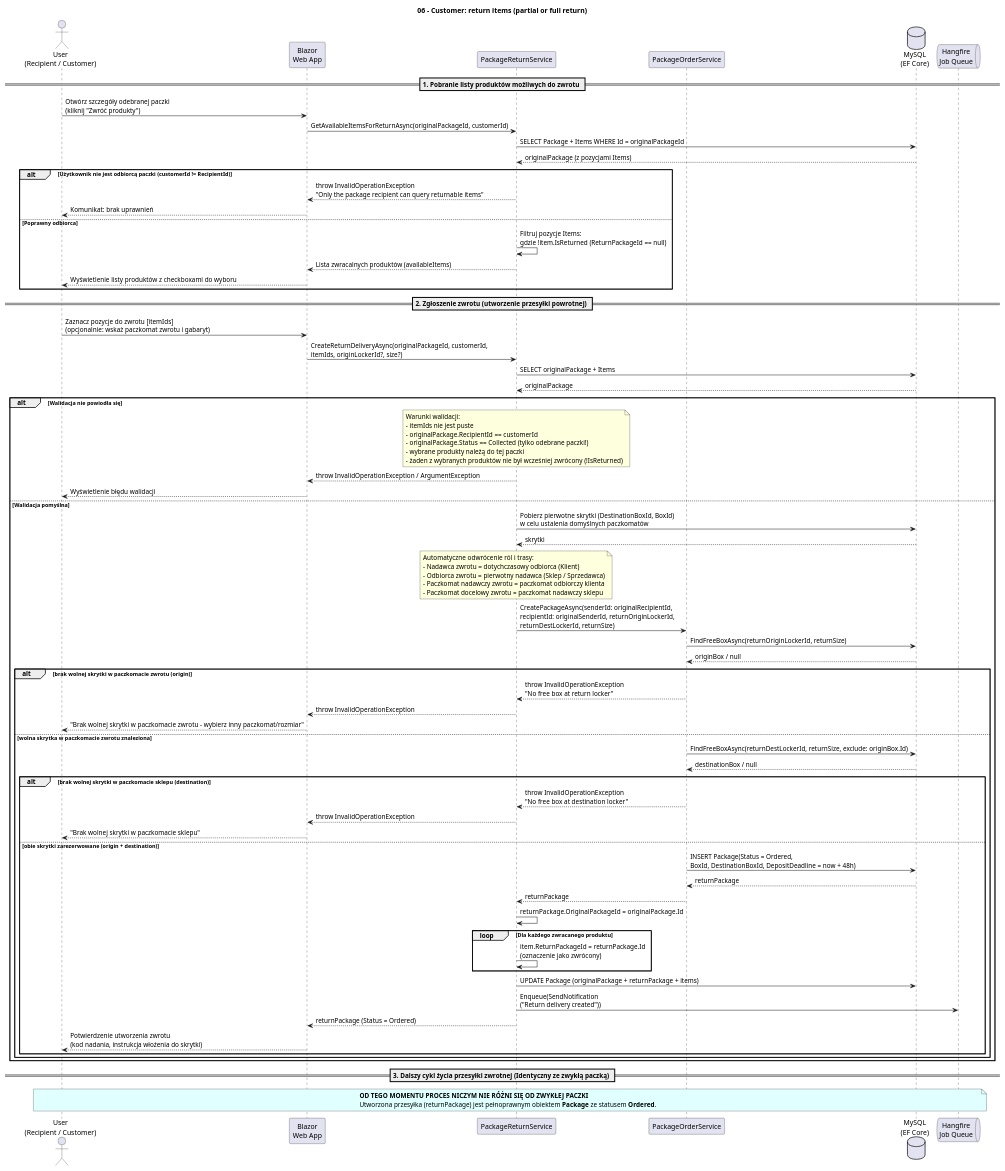
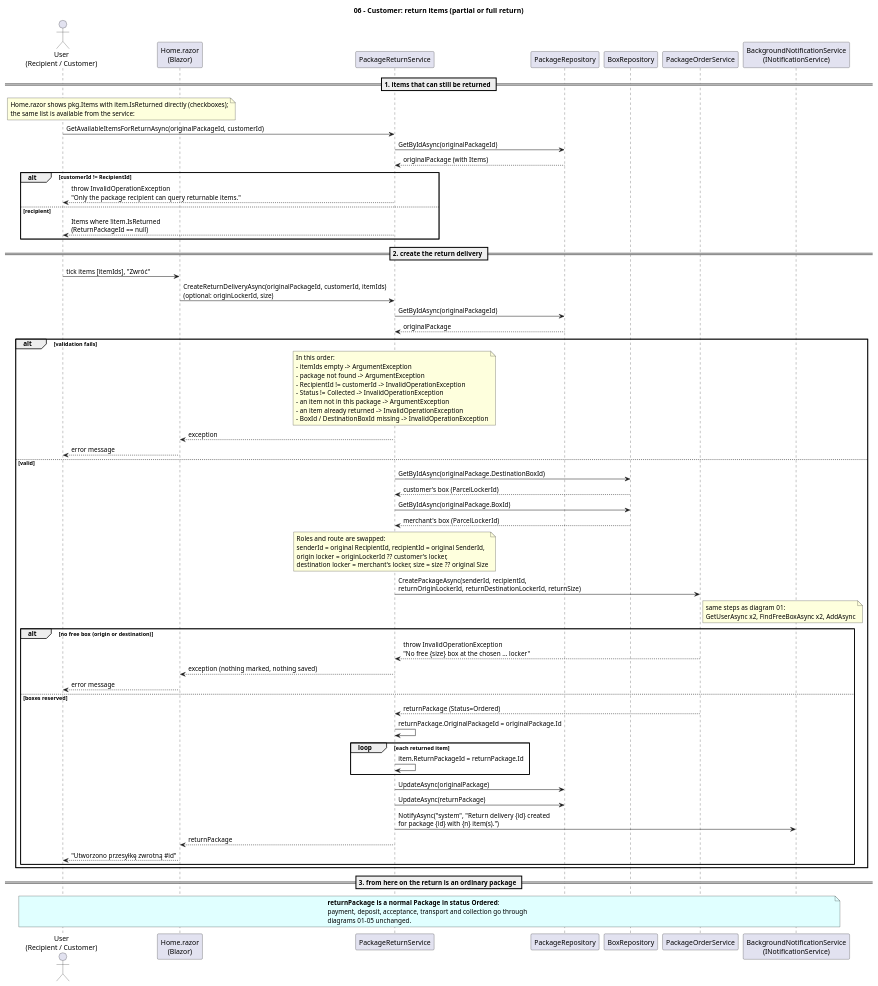
One commit to AGH-ISI-projects/package-management changed the sixth of 6 diagrams in krzycha/docs/nowe/sekwencje/sequence-diagrams.puml. Above: the diagram before and after it, drawn with PlantUML. The commit also changed other lines of this file and 20 other files, not shown here.

First line of the commit message:
Diagramy w docs/nowe: tylko klasy i metody istniejące w kodzie

```diff
--- a/krzycha/docs/nowe/sekwencje/sequence-diagrams.puml
+++ b/krzycha/docs/nowe/sekwencje/sequence-diagrams.puml
@@ -324,98 +360,92 @@
 @startuml 06-return-process
 title 06 - Customer: return items (partial or full return)
 
 actor "User\n(Recipient / Customer)" as Customer
-participant "Blazor\nWeb App" as Web
+participant "Home.razor\n(Blazor)" as Web
 participant "PackageReturnService" as ReturnSvc
+participant "PackageRepository" as PkgRepo
+participant "BoxRepository" as BoxRepo
 participant "PackageOrderService" as OrderSvc
-database "MySQL\n(EF Core)" as DB
-queue "Hangfire\nJob Queue" as Hangfire
+participant "BackgroundNotificationService\n(INotificationService)" as Notify
 
-== 1. Pobranie listy produktów możliwych do zwrotu ==
+== 1. items that can still be returned ==
 
-Customer -> Web: Otwórz szczegóły odebranej paczki\n(kliknij "Zwróć produkty")
-Web -> ReturnSvc: GetAvailableItemsForReturnAsync(originalPackageId, customerId)
-ReturnSvc -> DB: SELECT Package + Items WHERE Id = originalPackageId
-DB --> ReturnSvc: originalPackage (z pozycjami Items)
+note over Customer, Web
+  Home.razor shows pkg.Items with item.IsReturned directly (checkboxes);
+  the same list is available from the service:
+end note
+Customer -> ReturnSvc: GetAvailableItemsForReturnAsync(originalPackageId, customerId)
+ReturnSvc -> PkgRepo: GetByIdAsync(originalPackageId)
+PkgRepo --> ReturnSvc: originalPackage (with Items)
 
-alt Użytkownik nie jest odbiorcą paczki (customerId != RecipientId)
-    ReturnSvc --> Web: throw InvalidOperationException\n"Only the package recipient can query returnable items"
-    Web --> Customer: Komunikat: brak uprawnień
-else Poprawny odbiorca
-    ReturnSvc -> ReturnSvc: Filtruj pozycje Items:\ngdzie !item.IsReturned (ReturnPackageId == null)
-    ReturnSvc --> Web: Lista zwracalnych produktów (availableItems)
-    Web --> Customer: Wyświetlenie listy produktów z checkboxami do wyboru
+alt customerId != RecipientId
+    ReturnSvc --> Customer: throw InvalidOperationException\n"Only the package recipient can query returnable items."
+else recipient
+    ReturnSvc --> Customer: Items where !item.IsReturned\n(ReturnPackageId == null)
 end
 
-== 2. Zgłoszenie zwrotu (utworzenie przesyłki powrotnej) ==
+== 2. create the return delivery ==
 
-Customer -> Web: Zaznacz pozycje do zwrotu [itemIds]\n(opcjonalnie: wskaż paczkomat zwrotu i gabaryt)
-Web -> ReturnSvc: CreateReturnDeliveryAsync(originalPackageId, customerId,\nitemIds, originLockerId?, size?)
+Customer -> Web: tick items [itemIds], "Zwróć"
+Web -> ReturnSvc: CreateReturnDeliveryAsync(originalPackageId, customerId, itemIds)\n(optional: originLockerId, size)
+ReturnSvc -> PkgRepo: GetByIdAsync(originalPackageId)
+PkgRepo --> ReturnSvc: originalPackage
 
-ReturnSvc -> DB: SELECT originalPackage + Items
-DB --> ReturnSvc: originalPackage
-
-alt Walidacja nie powiodła się
+alt validation fails
     note over ReturnSvc
-      Warunki walidacji:
-      - itemIds nie jest puste
-      - originalPackage.RecipientId == customerId
-      - originalPackage.Status == Collected (tylko odebrane paczki!)
-      - wybrane produkty należą do tej paczki
-      - żaden z wybranych produktów nie był wcześniej zwrócony (!IsReturned)
+      In this order:
+      - itemIds empty -> ArgumentException
+      - package not found -> ArgumentException
+      - RecipientId != customerId -> InvalidOperationException
+      - Status != Collected -> InvalidOperationException
+      - an item not in this package -> ArgumentException
+      - an item already returned -> InvalidOperationException
+      - BoxId / DestinationBoxId missing -> InvalidOperationException
     end note
-    ReturnSvc --> Web: throw InvalidOperationException / ArgumentException
-    Web --> Customer: Wyświetlenie błędu walidacji
-else Walidacja pomyślna
-    ReturnSvc -> DB: Pobierz pierwotne skrytki (DestinationBoxId, BoxId)\nw celu ustalenia domyślnych paczkomatów
-    DB --> ReturnSvc: skrytki
+    ReturnSvc --> Web: exception
+    Web --> Customer: error message
+else valid
+    ReturnSvc -> BoxRepo: GetByIdAsync(originalPackage.DestinationBoxId)
+    BoxRepo --> ReturnSvc: customer's box (ParcelLockerId)
+    ReturnSvc -> BoxRepo: GetByIdAsync(originalPackage.BoxId)
+    BoxRepo --> ReturnSvc: merchant's box (ParcelLockerId)
 
     note over ReturnSvc
-      Automatyczne odwrócenie ról i trasy:
-      - Nadawca zwrotu = dotychczasowy odbiorca (Klient)
-      - Odbiorca zwrotu = pierwotny nadawca (Sklep / Sprzedawca)
-      - Paczkomat nadawczy zwrotu = paczkomat odbiorczy klienta
-      - Paczkomat docelowy zwrotu = paczkomat nadawczy sklepu
+      Roles and route are swapped:
+      senderId = original RecipientId, recipientId = original SenderId,
+      origin locker = originLockerId ?? customer's locker,
+      destination locker = merchant's locker, size = size ?? original Size
     end note
 
-    ReturnSvc -> OrderSvc: CreatePackageAsync(senderId: originalRecipientId,\nrecipientId: originalSenderId, returnOriginLockerId,\nreturnDestLockerId, returnSize)
-    OrderSvc -> DB: FindFreeBoxAsync(returnOriginLockerId, returnSize)
-    DB --> OrderSvc: originBox / null
+    ReturnSvc -> OrderSvc: CreatePackageAsync(senderId, recipientId,\nreturnOriginLockerId, returnDestinationLockerId, returnSize)
+    note right of OrderSvc
+      same steps as diagram 01:
+      GetUserAsync x2, FindFreeBoxAsync x2, AddAsync
+    end note
 
-    alt brak wolnej skrytki w paczkomacie zwrotu (origin)
-        OrderSvc --> ReturnSvc: throw InvalidOperationException\n"No free box at return locker"
-        ReturnSvc --> Web: throw InvalidOperationException
-        Web --> Customer: "Brak wolnej skrytki w paczkomacie zwrotu - wybierz inny paczkomat/rozmiar"
-    else wolna skrytka w paczkomacie zwrotu znaleziona
-        OrderSvc -> DB: FindFreeBoxAsync(returnDestLockerId, returnSize, exclude: originBox.Id)
-        DB --> OrderSvc: destinationBox / null
-
-        alt brak wolnej skrytki w paczkomacie sklepu (destination)
-            OrderSvc --> ReturnSvc: throw InvalidOperationException\n"No free box at destination locker"
-            ReturnSvc --> Web: throw InvalidOperationException
-            Web --> Customer: "Brak wolnej skrytki w paczkomacie sklepu"
-        else obie skrytki zarezerwowane (origin + destination)
-            OrderSvc -> DB: INSERT Package(Status = Ordered,\nBoxId, DestinationBoxId, DepositDeadline = now + 48h)
-            DB --> OrderSvc: returnPackage
-            OrderSvc --> ReturnSvc: returnPackage
-
-            ReturnSvc -> ReturnSvc: returnPackage.OriginalPackageId = originalPackage.Id
-            loop Dla każdego zwracanego produktu
-                ReturnSvc -> ReturnSvc: item.ReturnPackageId = returnPackage.Id\n(oznaczenie jako zwrócony)
-            end
-
-            ReturnSvc -> DB: UPDATE Package (originalPackage + returnPackage + items)
-            ReturnSvc -> Hangfire: Enqueue(SendNotification\n("Return delivery created"))
-            ReturnSvc --> Web: returnPackage (Status = Ordered)
-            Web --> Customer: Potwierdzenie utworzenia zwrotu\n(kod nadania, instrukcja włożenia do skrytki)
+    alt no free box (origin or destination)
+        OrderSvc --> ReturnSvc: throw InvalidOperationException\n"No free {size} box at the chosen ... locker"
+        ReturnSvc --> Web: exception (nothing marked, nothing saved)
+        Web --> Customer: error message
+    else boxes reserved
+        OrderSvc --> ReturnSvc: returnPackage (Status=Ordered)
+        ReturnSvc -> ReturnSvc: returnPackage.OriginalPackageId = originalPackage.Id
+        loop each returned item
+            ReturnSvc -> ReturnSvc: item.ReturnPackageId = returnPackage.Id
         end
+        ReturnSvc -> PkgRepo: UpdateAsync(originalPackage)
+        ReturnSvc -> PkgRepo: UpdateAsync(returnPackage)
+        ReturnSvc -> Notify: NotifyAsync("system", "Return delivery {id} created\nfor package {id} with {n} item(s).")
+        ReturnSvc --> Web: returnPackage
+        Web --> Customer: "Utworzono przesyłkę zwrotną #id"
     end
 end
 
-== 3. Dalszy cykl życia przesyłki zwrotnej (Identyczny ze zwykłą paczką) ==
+== 3. from here on the return is an ordinary package ==
 
-note over Customer, Hangfire #LightCyan
-  <b>OD TEGO MOMENTU PROCES NICZYM NIE RÓŻNI SIĘ OD ZWYKŁEJ PACZKI</b>
-  Utworzona przesyłka (returnPackage) jest pełnoprawnym obiektem <b>Package</b> ze statusem <b>Ordered</b>.
+note over Customer, Notify #LightCyan
+  <b>returnPackage is a normal Package in status Ordered</b>:
+  payment, deposit, acceptance, transport and collection go through
+  diagrams 01-05 unchanged.
 end note
 @enduml
```
